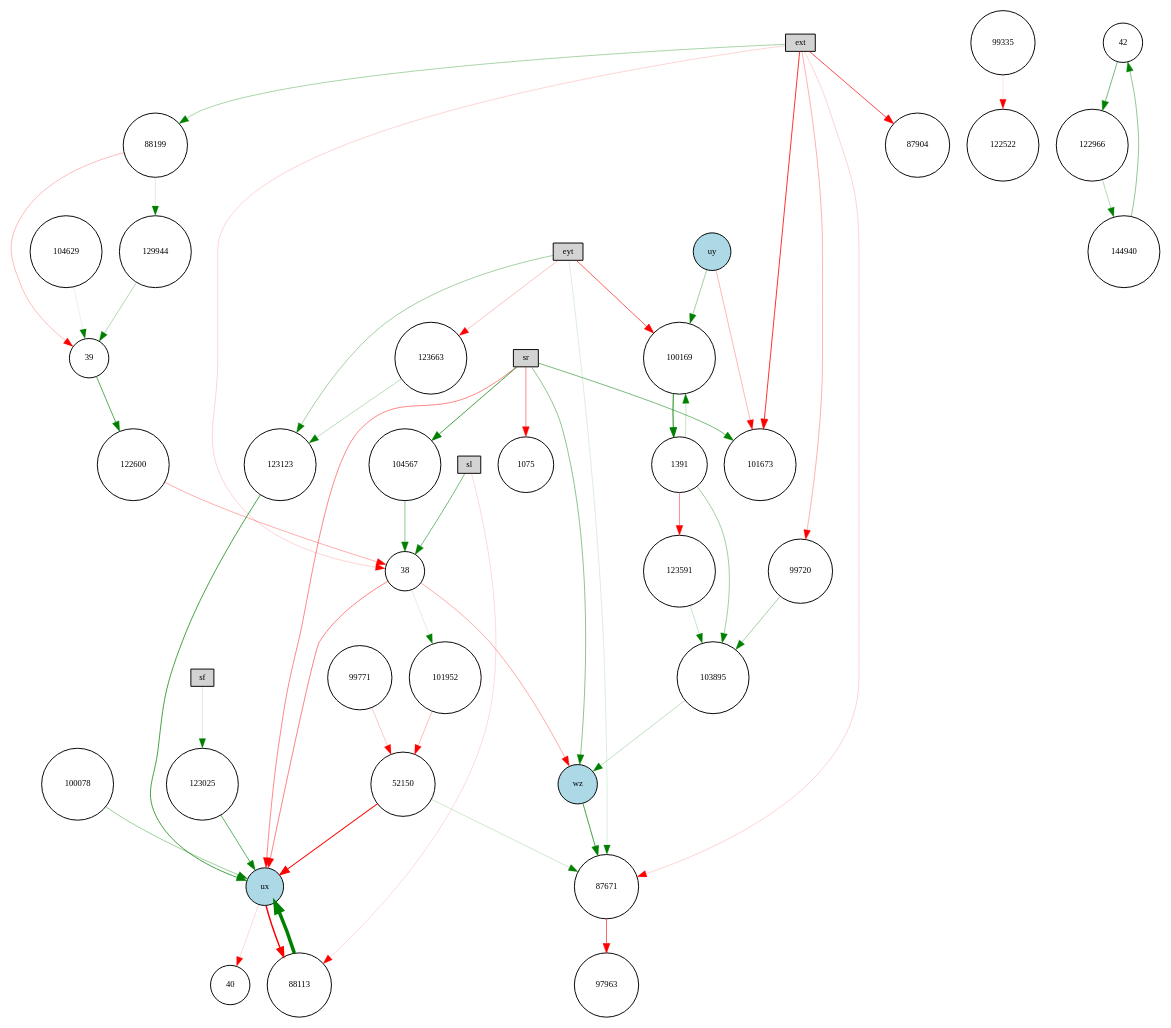
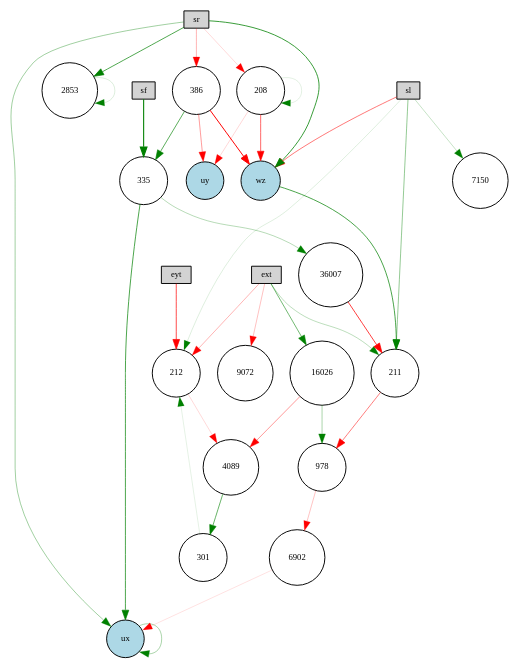
One commit to KaiL4eK/autopilot_simulator changed the diagram in pictures_ctrnn/winner-feedforward-enabled.gv. Above: the diagram before and after it, drawn with Graphviz. The commit also changed 20 other files, not shown here.

```diff
--- a/pictures_ctrnn/winner-feedforward-enabled.gv
+++ b/pictures_ctrnn/winner-feedforward-enabled.gv
@@ -1,96 +1,60 @@
 digraph {
 	node [fontsize=9 height=0.2 shape=circle width=0.2]
 	ext [fillcolor=lightgray shape=box style=filled]
 	eyt [fillcolor=lightgray shape=box style=filled]
 	sf [fillcolor=lightgray shape=box style=filled]
 	sl [fillcolor=lightgray shape=box style=filled]
 	sr [fillcolor=lightgray shape=box style=filled]
 	ux [fillcolor=lightblue style=filled]
 	uy [fillcolor=lightblue style=filled]
 	wz [fillcolor=lightblue style=filled]
-	99335 [fillcolor=white style=filled]
-	99720 [fillcolor=white style=filled]
-	88199 [fillcolor=white style=filled]
-	123663 [fillcolor=white style=filled]
-	123025 [fillcolor=white style=filled]
-	104567 [fillcolor=white style=filled]
-	129944 [fillcolor=white style=filled]
-	122522 [fillcolor=white style=filled]
-	38 [fillcolor=white style=filled]
-	39 [fillcolor=white style=filled]
-	40 [fillcolor=white style=filled]
-	101673 [fillcolor=white style=filled]
-	42 [fillcolor=white style=filled]
-	97963 [fillcolor=white style=filled]
-	144940 [fillcolor=white style=filled]
-	88113 [fillcolor=white style=filled]
-	1075 [fillcolor=white style=filled]
-	104629 [fillcolor=white style=filled]
-	52150 [fillcolor=white style=filled]
-	99771 [fillcolor=white style=filled]
-	101952 [fillcolor=white style=filled]
-	123591 [fillcolor=white style=filled]
-	100169 [fillcolor=white style=filled]
-	122966 [fillcolor=white style=filled]
-	103895 [fillcolor=white style=filled]
-	87904 [fillcolor=white style=filled]
-	122600 [fillcolor=white style=filled]
-	100078 [fillcolor=white style=filled]
-	1391 [fillcolor=white style=filled]
-	123123 [fillcolor=white style=filled]
-	87671 [fillcolor=white style=filled]
-	sr -> 104567 [color=green penwidth=0.7717210104673629 style=solid]
-	99771 -> 52150 [color=red penwidth=0.22970958732638985 style=solid]
-	ext -> 101673 [color=red penwidth=0.8388821186139572 style=solid]
-	144940 -> 42 [color=green penwidth=0.4485725549675602 style=solid]
-	ux -> 40 [color=red penwidth=0.174681742240173 style=solid]
-	sl -> 38 [color=green penwidth=0.5550042641630666 style=solid]
-	52150 -> 87671 [color=green penwidth=0.20221993370257307 style=solid]
-	100169 -> 1391 [color=green penwidth=0.9517416491774303 style=solid]
-	122966 -> 144940 [color=green penwidth=0.30000000000000004 style=solid]
-	123663 -> 123123 [color=green penwidth=0.2849984076507636 style=solid]
-	ext -> 88199 [color=green penwidth=0.3546953112762572 style=solid]
-	101952 -> 52150 [color=red penwidth=0.28246832296476754 style=solid]
-	99335 -> 122522 [color=red penwidth=0.13215499710706685 style=solid]
-	ext -> 99720 [color=red penwidth=0.3241882931891629 style=solid]
-	100078 -> ux [color=green penwidth=0.40474729988334457 style=solid]
-	87671 -> 97963 [color=red penwidth=0.6328104590556239 style=solid]
-	104567 -> 38 [color=green penwidth=0.4622581687078804 style=solid]
-	104629 -> 39 [color=green penwidth=0.10442930448756665 style=solid]
-	ext -> 87671 [color=red penwidth=0.18456307838188757 style=solid]
-	88113 -> ux [color=green penwidth=3.6357814917528275 style=solid]
-	ux -> 88113 [color=red penwidth=1.482181732365385 style=solid]
-	uy -> 100169 [color=green penwidth=0.3933218143265802 style=solid]
-	1391 -> 100169 [color=green penwidth=0.23716773853701312 style=solid]
-	42 -> 122966 [color=green penwidth=0.557237028627269 style=solid]
-	1391 -> 103895 [color=green penwidth=0.39079966733627836 style=solid]
-	sf -> 123025 [color=green penwidth=0.16297065638035568 style=solid]
-	99720 -> 103895 [color=green penwidth=0.37545616759528055 style=solid]
-	88199 -> 129944 [color=green penwidth=0.1473796281235107 style=solid]
-	38 -> 101952 [color=green penwidth=0.1311404821215364 style=solid]
-	uy -> 101673 [color=red penwidth=0.30219888383135796 style=solid]
-	123591 -> 103895 [color=green penwidth=0.22294838299136288 style=solid]
-	sr -> ux [color=red penwidth=0.49074049889708005 style=solid]
-	38 -> wz [color=red penwidth=0.34523212229269196 style=solid]
-	eyt -> 123663 [color=red penwidth=0.25645910958722423 style=solid]
-	129944 -> 39 [color=green penwidth=0.305934131301533 style=solid]
-	eyt -> 100169 [color=red penwidth=0.6607360317547499 style=solid]
-	sr -> 1075 [color=red penwidth=0.48899658329266593 style=solid]
-	wz -> 87671 [color=green penwidth=0.7682756701757961 style=solid]
-	123123 -> ux [color=green penwidth=0.7644154534911697 style=solid]
-	38 -> ux [color=red penwidth=0.5145245069980052 style=solid]
-	sr -> 101673 [color=green penwidth=0.5492707798151254 style=solid]
-	ext -> 38 [color=red penwidth=0.1795554595922914 style=solid]
-	sl -> 88113 [color=red penwidth=0.16374334070069196 style=solid]
-	ext -> 87904 [color=red penwidth=0.7457702623932598 style=solid]
-	39 -> 122600 [color=green penwidth=0.6849033708078032 style=solid]
-	123025 -> ux [color=green penwidth=0.6608814197216366 style=solid]
-	eyt -> 87671 [color=green penwidth=0.15293723514723911 style=solid]
-	103895 -> wz [color=green penwidth=0.2585474581897363 style=solid]
-	52150 -> ux [color=red penwidth=1.0586825168690934 style=solid]
-	1391 -> 123591 [color=red penwidth=0.45567743686176176 style=solid]
-	88199 -> 39 [color=red penwidth=0.28023426535572304 style=solid]
-	eyt -> 123123 [color=green penwidth=0.38300154176168455 style=solid]
-	122600 -> 38 [color=red penwidth=0.33737354841878864 style=solid]
-	sr -> wz [color=green penwidth=0.46865999578104867 style=solid]
+	386 [fillcolor=white style=filled]
+	2853 [fillcolor=white style=filled]
+	36007 [fillcolor=white style=filled]
+	301 [fillcolor=white style=filled]
+	7150 [fillcolor=white style=filled]
+	335 [fillcolor=white style=filled]
+	9072 [fillcolor=white style=filled]
+	208 [fillcolor=white style=filled]
+	978 [fillcolor=white style=filled]
+	211 [fillcolor=white style=filled]
+	212 [fillcolor=white style=filled]
+	6902 [fillcolor=white style=filled]
+	4089 [fillcolor=white style=filled]
+	16026 [fillcolor=white style=filled]
+	386 -> wz [color=red penwidth=1.02914664384311 style=solid]
+	208 -> 208 [color=green penwidth=0.12073534691310868 style=solid]
+	386 -> uy [color=red penwidth=0.4105884932572834 style=solid]
+	sl -> wz [color=red penwidth=0.5496950422806238 style=solid]
+	ext -> 211 [color=green penwidth=0.28365806303192254 style=solid]
+	sl -> 7150 [color=green penwidth=0.23907480415594226 style=solid]
+	301 -> 212 [color=green penwidth=0.10830517506369285 style=solid]
+	16026 -> 978 [color=green penwidth=0.34529936934343763 style=solid]
+	211 -> 978 [color=red penwidth=0.5287129851371032 style=solid]
+	212 -> 4089 [color=red penwidth=0.16391255912445493 style=solid]
+	208 -> uy [color=red penwidth=0.16696004971209716 style=solid]
+	sr -> 2853 [color=green penwidth=0.7201278862645386 style=solid]
+	386 -> 335 [color=green penwidth=0.6692263836319519 style=solid]
+	6902 -> ux [color=red penwidth=0.1321698988452042 style=solid]
+	16026 -> 4089 [color=red penwidth=0.4188540350885498 style=solid]
+	335 -> 36007 [color=green penwidth=0.2988822791078145 style=solid]
+	sr -> ux [color=green penwidth=0.3855277622251545 style=solid]
+	ux -> ux [color=green penwidth=0.34618834987796154 style=solid]
+	208 -> wz [color=red penwidth=0.6167673461514973 style=solid]
+	sr -> 208 [color=red penwidth=0.15827922094215335 style=solid]
+	978 -> 6902 [color=red penwidth=0.24633278267917993 style=solid]
+	sr -> wz [color=green penwidth=0.8133770746288559 style=solid]
+	ext -> 16026 [color=green penwidth=0.5814765126773118 style=solid]
+	wz -> 211 [color=green penwidth=0.7393958235455518 style=solid]
+	2853 -> 2853 [color=green penwidth=0.14711751377486662 style=solid]
+	36007 -> 211 [color=red penwidth=0.7819026911240888 style=solid]
+	eyt -> 212 [color=red penwidth=0.7283500133454999 style=solid]
+	335 -> ux [color=green penwidth=0.7258815347054764 style=solid]
+	4089 -> 301 [color=green penwidth=0.6230515631438672 style=solid]
+	sl -> 212 [color=green penwidth=0.14363406618982288 style=solid]
+	sl -> 211 [color=green penwidth=0.4429768169304118 style=solid]
+	ext -> 212 [color=red penwidth=0.3056377460065077 style=solid]
+	sr -> 386 [color=red penwidth=0.30984706531925477 style=solid]
+	sf -> 335 [color=green penwidth=1.132572668482337 style=solid]
+	ext -> 9072 [color=red penwidth=0.2634331358900615 style=solid]
 }
```
